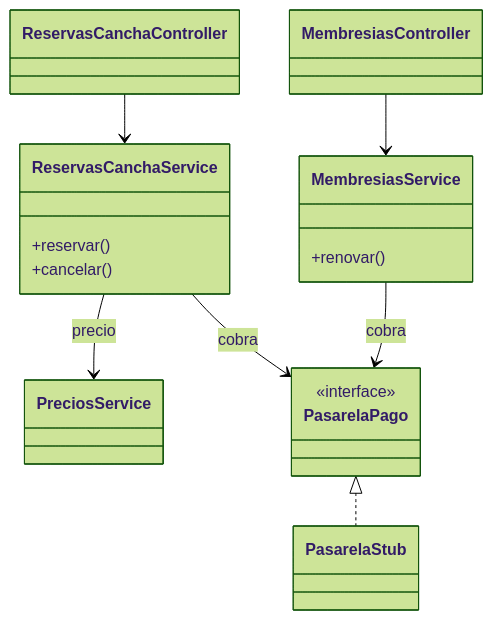
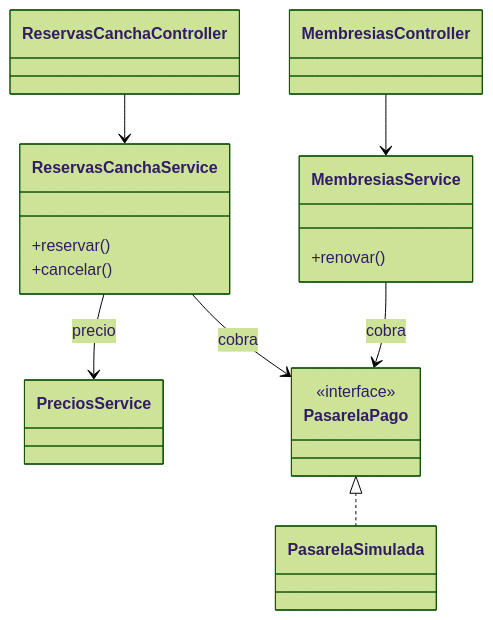
Before and after one commit to PatricioRamos04032000/FitZoneSports: the sixth of 6 diagrams in documentacion/Justificacion_Patrones_Unidad_III.md, drawn with Mermaid (forest theme). The commit also changed other lines of this file and 25 other files, not shown here.

First line of the commit message:
S7-T02: pasarela simulada con checkout estilo MercadoPago y hold de pendiente.

````diff
--- a/documentacion/Justificacion_Patrones_Unidad_III.md
+++ b/documentacion/Justificacion_Patrones_Unidad_III.md
@@ -669,24 +669,24 @@
 ```mermaid
 classDiagram
     class ReservasCanchaService {
         +reservar()
         +cancelar()
     }
     class MembresiasService {
         +renovar()
     }
     class PreciosService
     class PasarelaPago {
         <<interface>>
     }
-    class PasarelaStub
+    class PasarelaSimulada
     class ReservasCanchaController
     class MembresiasController
 
     ReservasCanchaController --> ReservasCanchaService
     MembresiasController --> MembresiasService
     ReservasCanchaService --> PreciosService : precio
     ReservasCanchaService --> PasarelaPago : cobra
-    PasarelaPago <|.. PasarelaStub
+    PasarelaPago <|.. PasarelaSimulada
     MembresiasService --> PasarelaPago : cobra
 ```
````
